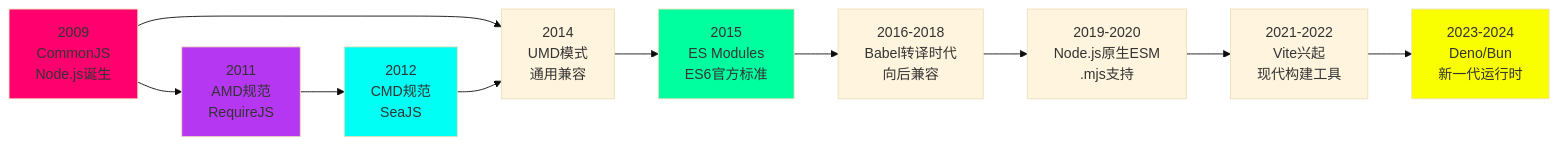
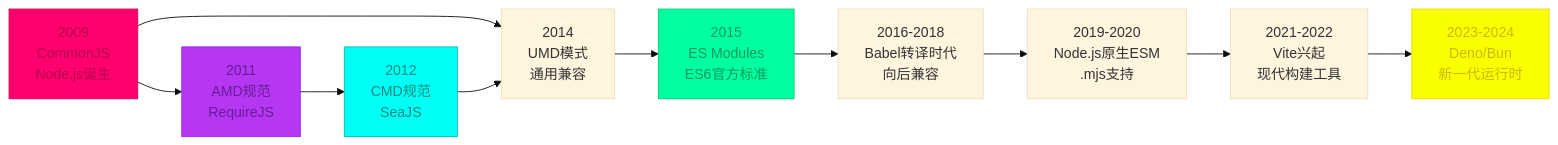
One commit to FreezeSoul/freezesoul.github.com changed the first of 2 diagrams in _posts/2015-03-15-js-modules.md. Above: the diagram before and after it, drawn with Mermaid (base theme). The commit also changed other lines of this file and 9 other files, not shown here.

Commit message:
修正mermaid配色与要求

````diff
--- a/_posts/2015-03-15-js-modules.md
+++ b/_posts/2015-03-15-js-modules.md
@@ -1561,18 +1561,18 @@
 ```mermaid
 graph LR
   A[2009<br/>CommonJS<br/>Node.js诞生] --> B[2011<br/>AMD规范<br/>RequireJS]
   B --> C[2012<br/>CMD规范<br/>SeaJS]
   A --> D[2014<br/>UMD模式<br/>通用兼容]
   C --> D
   D --> E[2015<br/>ES Modules<br/>ES6官方标准]
   E --> F[2016-2018<br/>Babel转译时代<br/>向后兼容]
   F --> G[2019-2020<br/>Node.js原生ESM<br/>.mjs支持]
   G --> H[2021-2022<br/>Vite兴起<br/>现代构建工具]
   H --> I[2023-2024<br/>Deno/Bun<br/>新一代运行时]
 
-  style A fill:#ff006e
-  style B fill:#b537f2
-  style C fill:#00fff5
-  style E fill:#00ff9f
-  style I fill:#faff00
+  style A fill:#ff006e,stroke:#d6005c,color:#b3004e
+  style B fill:#b537f2,stroke:#8a2be2,color:#6a1b9a
+  style C fill:#00fff5,stroke:#00b8b0,color:#008b82
+  style E fill:#00ff9f,stroke:#00cc7f,color:#009966
+  style I fill:#faff00,stroke:#e6d900,color:#c9b800
 ```
````
